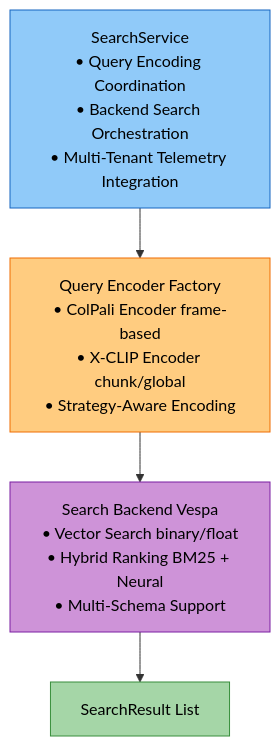
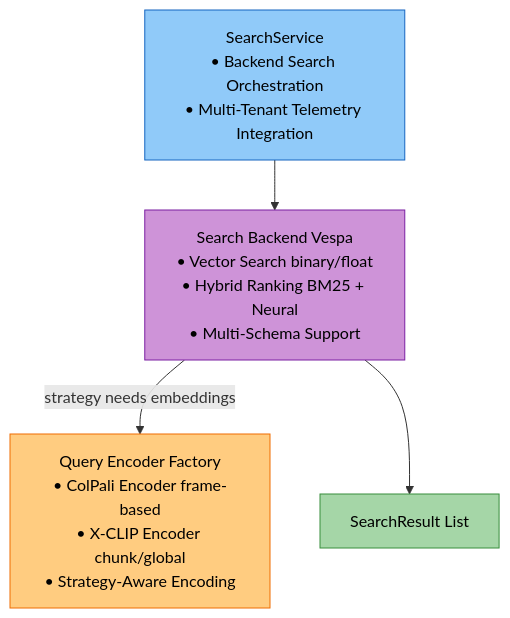
One commit to amit-jain/cogniverse changed the first of 3 diagrams in docs/modules/search-reranking.md. Above: the diagram before and after it, drawn with Mermaid. The commit also changed other lines of this file and 9 other files, not shown here.

````diff
--- a/docs/modules/search-reranking.md
+++ b/docs/modules/search-reranking.md
@@ -58,15 +58,15 @@
 ```mermaid
 flowchart TB
-    SearchService["<span style='color:#000'>SearchService<br/>• Query Encoding Coordination<br/>• Backend Search Orchestration<br/>• Multi-Tenant Telemetry Integration</span>"]
+    SearchService["<span style='color:#000'>SearchService<br/>• Backend Search Orchestration<br/>• Multi-Tenant Telemetry Integration</span>"]
 
-    SearchService --> EncoderFactory["<span style='color:#000'>Query Encoder Factory<br/>• ColPali Encoder frame-based<br/>• X-CLIP Encoder chunk/global<br/>• Strategy-Aware Encoding</span>"]
+    SearchService --> Backend["<span style='color:#000'>Search Backend Vespa<br/>• Vector Search binary/float<br/>• Hybrid Ranking BM25 + Neural<br/>• Multi-Schema Support</span>"]
 
-    EncoderFactory --> Backend["<span style='color:#000'>Search Backend Vespa<br/>• Vector Search binary/float<br/>• Hybrid Ranking BM25 + Neural<br/>• Multi-Schema Support</span>"]
+    Backend -->|strategy needs embeddings| EncoderFactory["<span style='color:#000'>Query Encoder Factory<br/>• ColPali Encoder frame-based<br/>• X-CLIP Encoder chunk/global<br/>• Strategy-Aware Encoding</span>"]
 
     Backend --> Results["<span style='color:#000'>SearchResult List</span>"]
 
     style SearchService fill:#90caf9,stroke:#1565c0,color:#000
     style EncoderFactory fill:#ffcc80,stroke:#ef6c00,color:#000
     style Backend fill:#ce93d8,stroke:#7b1fa2,color:#000
     style Results fill:#a5d6a7,stroke:#388e3c,color:#000
 ```
````
